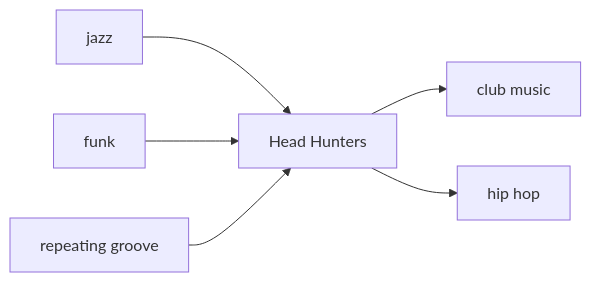
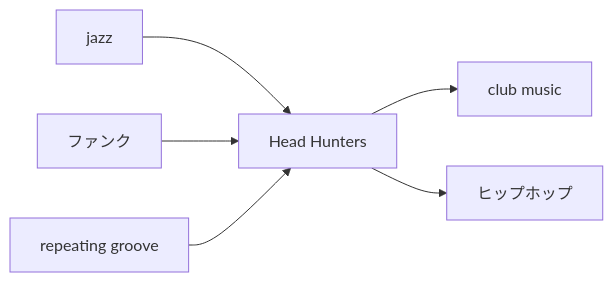
One commit to monumental-movement/monumental-movement.github.io changed the sixth of 7 diagrams in en/_posts/2026-07-03-column-influential-album-06.md. Above: the diagram before and after it, drawn with Mermaid. The commit also changed other lines of this file and 2196 other files, not shown here.

```diff
--- a/en/_posts/2026-07-03-column-influential-album-06.md
+++ b/en/_posts/2026-07-03-column-influential-album-06.md
@@ -646,16 +646,16 @@
 <div class="mermaid">
 flowchart LR
 A[jazz]
-B[funk]
+B[ファンク]
 C[repeating groove]
 D[club music]
-E[hip hop]
+E[ヒップホップ]
 F[Head Hunters]
 
 A --> F
 B --> F
 C --> F
 F --> D
 F --> E
 
 </div>
```
